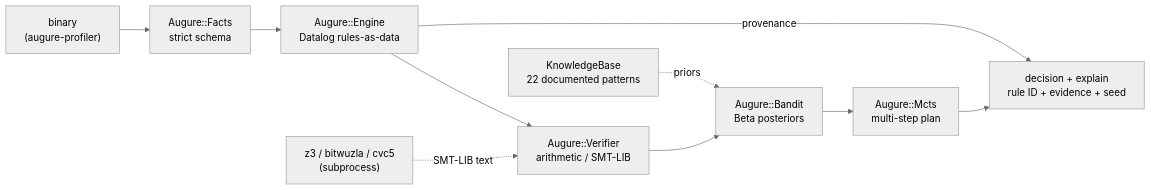
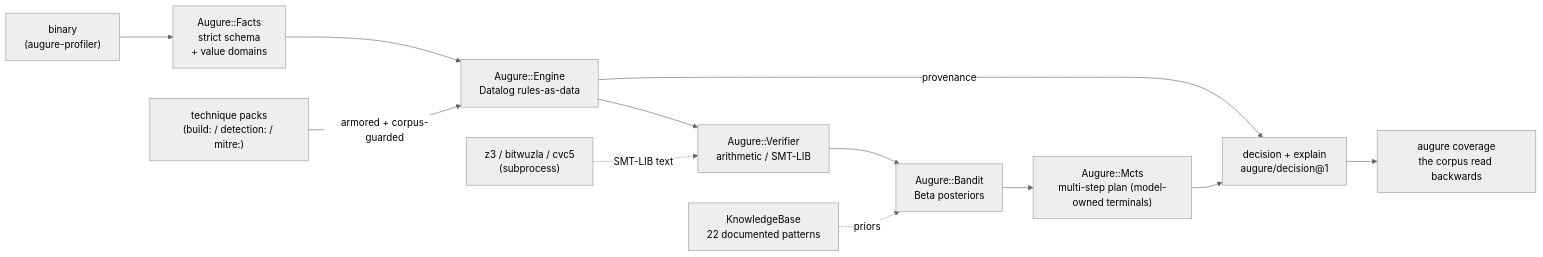
One commit to log0u7/augure changed the diagram in README.md. Above: the diagram before and after it, drawn with Mermaid (neutral theme). The commit also changed other lines of this file and 1 other file, not shown here.

First line of the commit message:
docs(reference): the domains, the seccomp rows, the full CLI, the honest Bandit API

````diff
--- a/README.md
+++ b/README.md
@@ -125,12 +134,14 @@
 ```mermaid
 graph LR
-    B["binary<br/>(augure-profiler)"] --> F["Augure::Facts<br/>strict schema"]
+    B["binary<br/>(augure-profiler)"] --> F["Augure::Facts<br/>strict schema<br/>+ value domains"]
     F --> E["Augure::Engine<br/>Datalog rules-as-data"]
+    P["technique packs<br/>(build: / detection: / mitre:)"] -- "armored + corpus-guarded" --> E
+    E -- provenance --> D
     E --> V["Augure::Verifier<br/>arithmetic / SMT-LIB"]
     V --> B1["Augure::Bandit<br/>Beta posteriors"]
-    B1 --> M["Augure::Mcts<br/>multi-step plan"]
-    M --> D["decision + explain<br/>rule ID + evidence + seed"]
-    E -- provenance --> D
+    B1 --> M["Augure::Mcts<br/>multi-step plan (model-owned terminals)"]
+    M --> D["decision + explain<br/>augure/decision@1"]
     KB["KnowledgeBase<br/>22 documented patterns"] -. priors .-> B1
     SOLV["z3 / bitwuzla / cvc5<br/>(subprocess)"] -. SMT-LIB text .-> V
+    D --> COV["augure coverage<br/>the corpus read backwards"]
 ```
````
